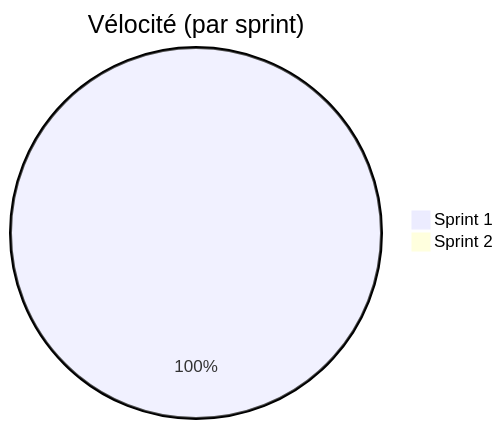
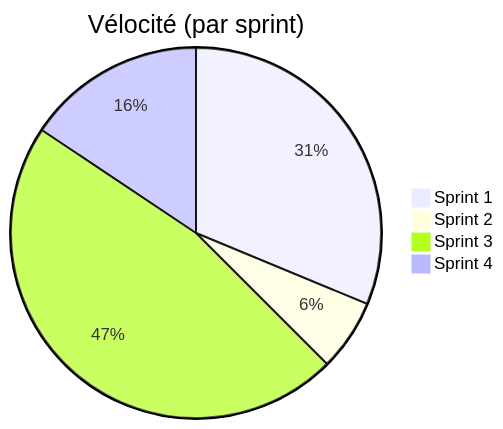
One commit to Twan0u/Henallux_notes changed the first of 2 diagrams in TND/notes/Projet.md. Above: the diagram before and after it, drawn with Mermaid. The commit also changed other lines of this file and 10 other files, not shown here.

````diff
--- a/TND/notes/Projet.md
+++ b/TND/notes/Projet.md
@@ -65,6 +41,8 @@
 ```mermaid
 pie
     title Vélocité (par sprint)
     "Sprint 1" : 5
-    "Sprint 2" : 0
+    "Sprint 2" : 1
+    "Sprint 3" : 7.5
+    "Sprint 4" : 2.5
 ```
````
